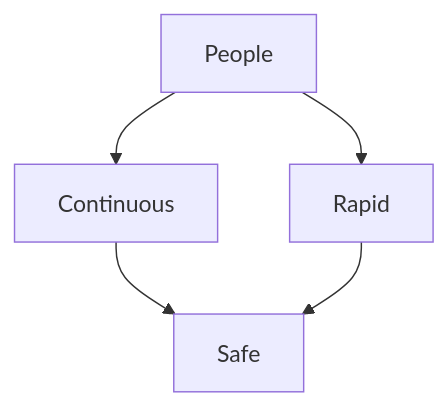
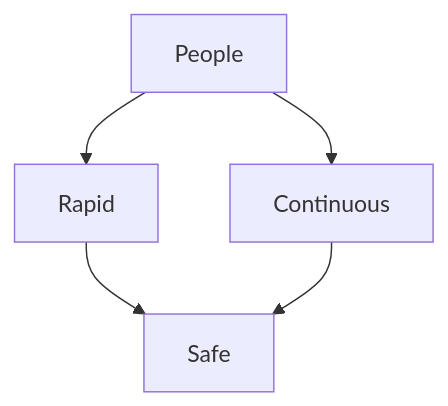
Before and after one commit to infchg/infchg.github.io: the diagram in QI/readme.md, drawn with Mermaid. The commit also changed other lines of this file, not shown here.

Commit message:
Rapid-->Safe;

````diff
--- a/QI/readme.md
+++ b/QI/readme.md
@@ -71,7 +75,7 @@
 ```mermaid
 graph TD;
+    People-->Continuous;
     People-->Rapid;
-    People-->Continuous;
-    Continuous-->Safe;
-    Rapid-->Safe;
+     Rapid-->Safe;
+   Continuous-->Safe;
 ```
````
